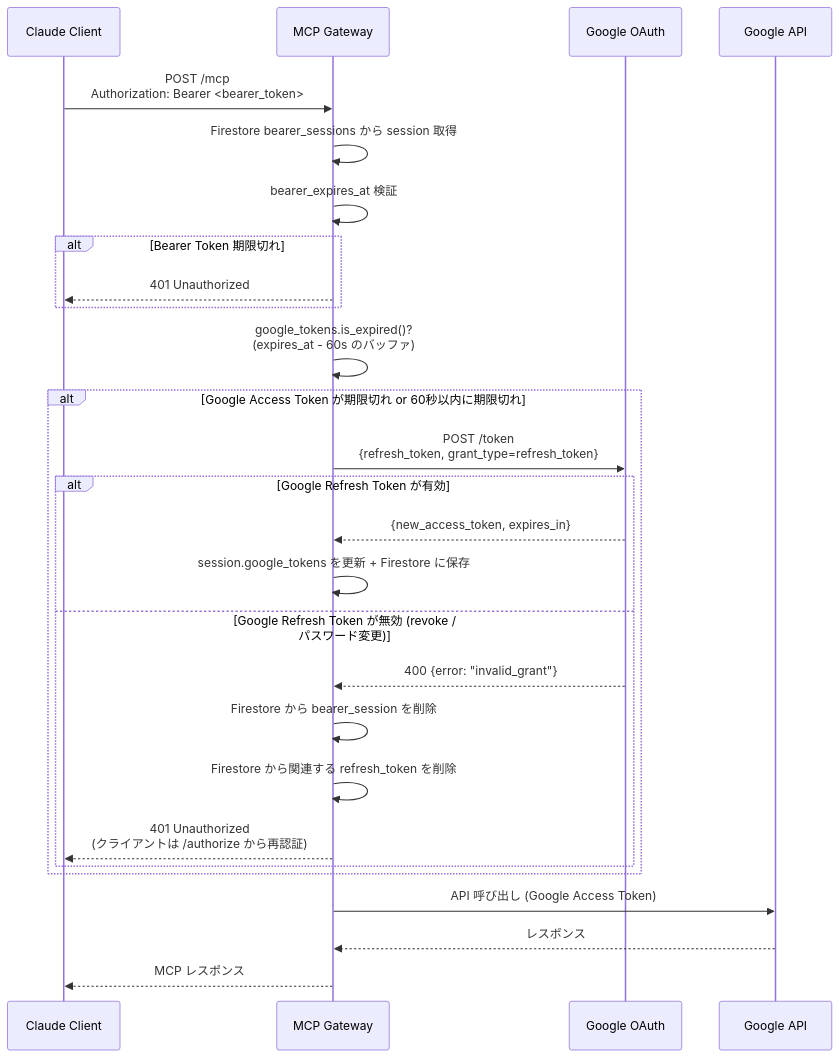
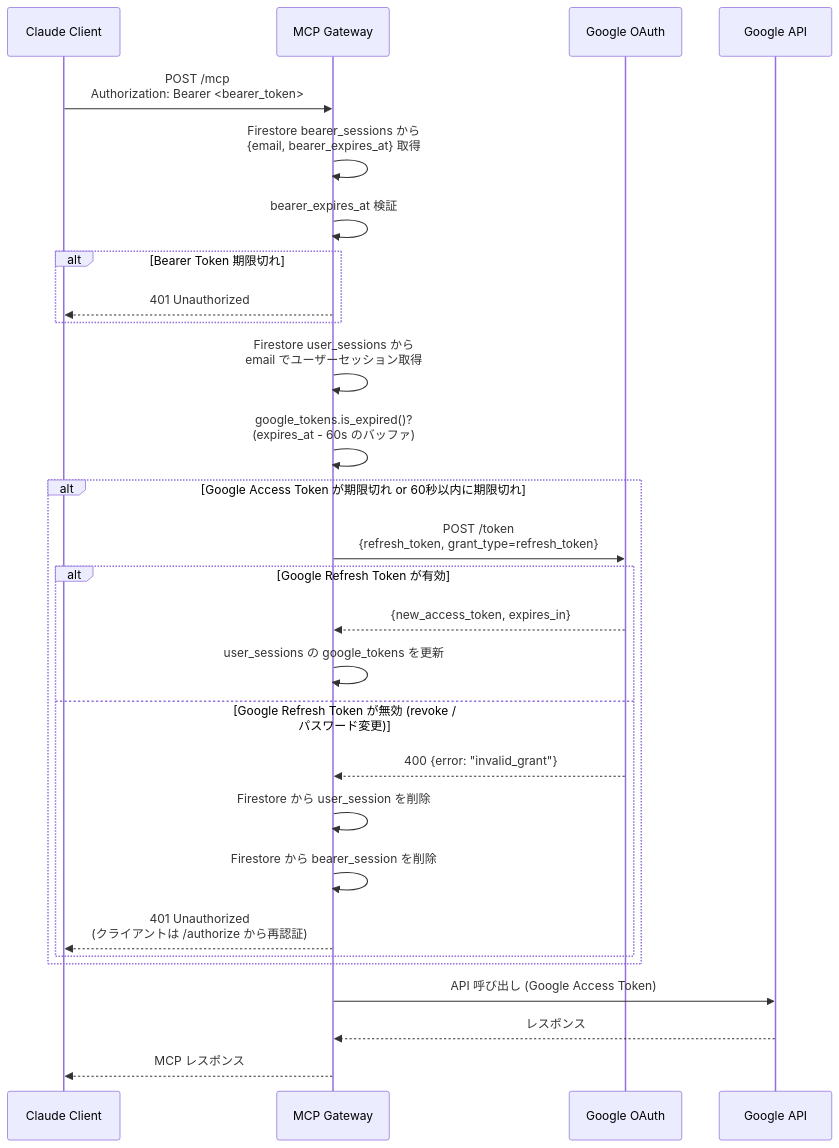
The fourth of 10 diagrams in specs/remote-mcp-gateway/auth-flows.md (kushim-team/gws-cli), drawn with Mermaid before and after one commit. The commit also changed other lines of this file and 10 other files, not shown here.

````diff
--- a/specs/remote-mcp-gateway/auth-flows.md
+++ b/specs/remote-mcp-gateway/auth-flows.md
@@ -163,35 +200,36 @@
 ```mermaid
 sequenceDiagram
     participant C as Claude Client
     participant G as MCP Gateway
     participant Go as Google OAuth
     participant GAPI as Google API
 
     C->>G: POST /mcp<br/>Authorization: Bearer <bearer_token>
 
-    G->>G: Firestore bearer_sessions から session 取得
+    G->>G: Firestore bearer_sessions から<br/>{email, bearer_expires_at} 取得
     G->>G: bearer_expires_at 検証
 
     alt Bearer Token 期限切れ
         G-->>C: 401 Unauthorized
     end
 
+    G->>G: Firestore user_sessions から<br/>email でユーザーセッション取得
     G->>G: google_tokens.is_expired()?<br/>(expires_at - 60s のバッファ)
 
     alt Google Access Token が期限切れ or 60秒以内に期限切れ
         G->>Go: POST /token<br/>{refresh_token, grant_type=refresh_token}
         alt Google Refresh Token が有効
             Go-->>G: {new_access_token, expires_in}
-            G->>G: session.google_tokens を更新 + Firestore に保存
+            G->>G: user_sessions の google_tokens を更新
         else Google Refresh Token が無効 (revoke / パスワード変更)
             Go-->>G: 400 {error: "invalid_grant"}
+            G->>G: Firestore から user_session を削除
             G->>G: Firestore から bearer_session を削除
-            G->>G: Firestore から関連する refresh_token を削除
             G-->>C: 401 Unauthorized<br/>(クライアントは /authorize から再認証)
         end
     end
 
     G->>GAPI: API 呼び出し (Google Access Token)
     GAPI-->>G: レスポンス
     G-->>C: MCP レスポンス
 ```
````
